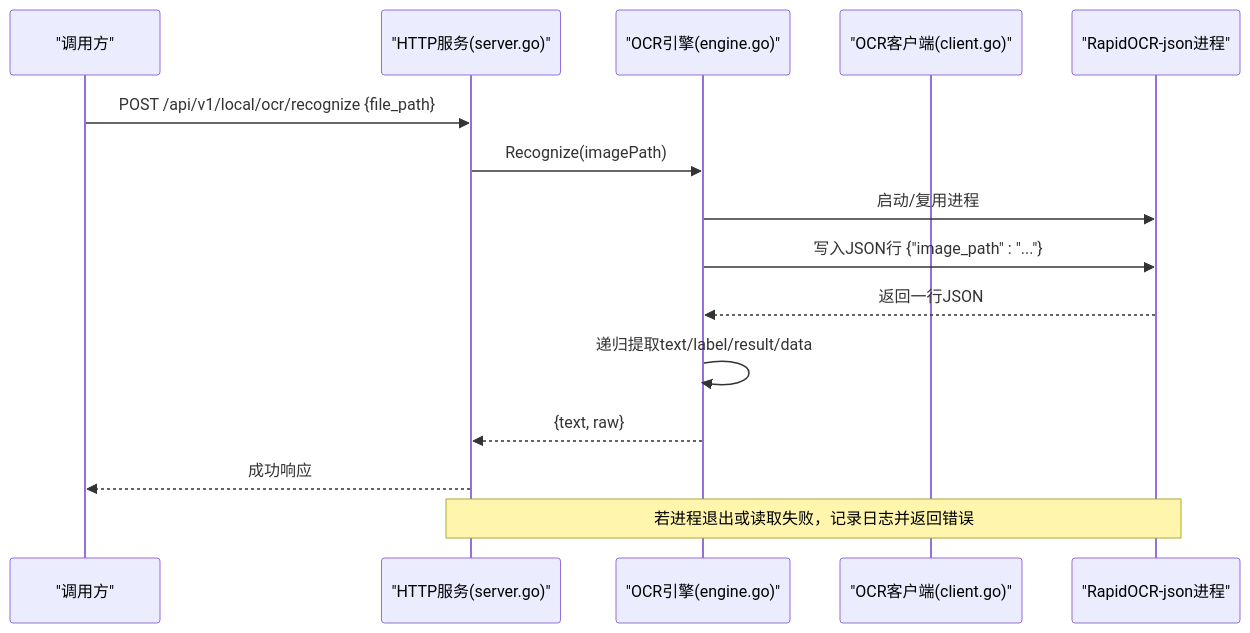
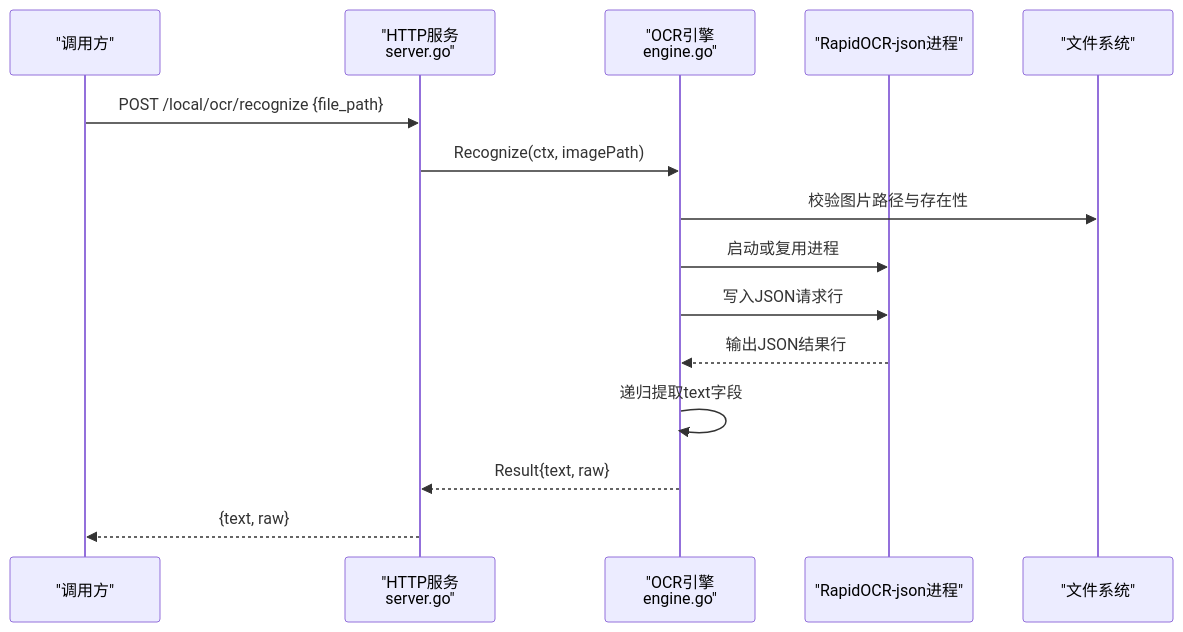
The second of 7 diagrams in .qoder/repowiki/zh/content/本地执行器/AI集成/OCR识别引擎.md (alvinwangzi/goodhr), drawn with Mermaid before and after one commit. The commit also changed other lines of this file and 149 other files, not shown here.

````diff
--- a/.qoder/repowiki/zh/content/本地执行器/AI集成/OCR识别引擎.md
+++ b/.qoder/repowiki/zh/content/本地执行器/AI集成/OCR识别引擎.md
@@ -94,17 +88,17 @@
 ```mermaid
 sequenceDiagram
-participant UI as "调用方"
-participant API as "HTTP服务(server.go)"
-participant ENG as "OCR引擎(engine.go)"
-participant CLI as "OCR客户端(client.go)"
-participant PROC as "RapidOCR-json进程"
-UI->>API : POST /api/v1/local/ocr/recognize {file_path}
-API->>ENG : Recognize(imagePath)
-ENG->>PROC : 启动/复用进程
-ENG->>PROC : 写入JSON行 {"image_path" : "..."}
-PROC-->>ENG : 返回一行JSON
-ENG->>ENG : 递归提取text/label/result/data
-ENG-->>API : {text, raw}
-API-->>UI : 成功响应
-Note over API,PROC : 若进程退出或读取失败，记录日志并返回错误
+participant Client as "调用方"
+participant Server as "HTTP服务<br/>server.go"
+participant Engine as "OCR引擎<br/>engine.go"
+participant Proc as "RapidOCR-json进程"
+participant FS as "文件系统"
+Client->>Server : POST /local/ocr/recognize {file_path}
+Server->>Engine : Recognize(ctx, imagePath)
+Engine->>FS : 校验图片路径与存在性
+Engine->>Proc : 启动或复用进程
+Engine->>Proc : 写入JSON请求行
+Proc-->>Engine : 输出JSON结果行
+Engine->>Engine : 递归提取text字段
+Engine-->>Server : Result{text, raw}
+Server-->>Client : {text, raw}
 ```
````
